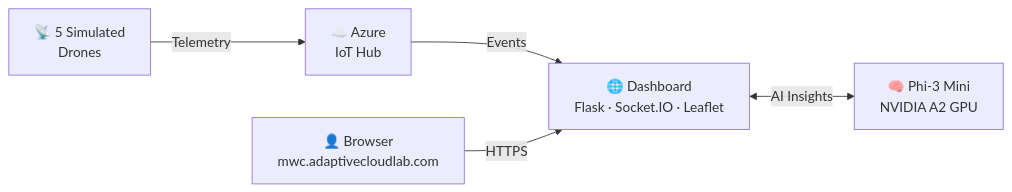
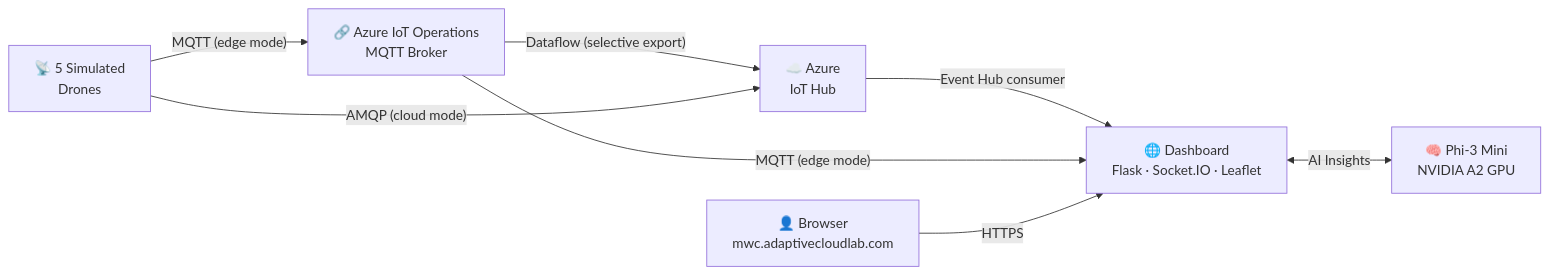
Before and after one commit to mgodfre3/adaptivecloudlab-mwc26-demo: the first of 2 diagrams in README.md, drawn with Mermaid. The commit also changed other lines of this file, not shown here.

Commit message:
Update README with latest dashboard features: data modes, AIO integration, and config reference

````diff
--- a/README.md
+++ b/README.md
@@ -7,12 +7,15 @@
 ```mermaid
 graph LR
     Drones["📡 5 Simulated<br/>Drones"]
+    AIO["🔗 Azure IoT Operations<br/>MQTT Broker"]
     IoTHub["☁️ Azure<br/>IoT Hub"]
     Dashboard["🌐 Dashboard<br/>Flask · Socket.IO · Leaflet"]
     Phi3["🧠 Phi-3 Mini<br/>NVIDIA A2 GPU"]
     Browser["👤 Browser<br/>mwc.adaptivecloudlab.com"]
 
-    Drones -->|"Telemetry"| IoTHub -->|"Events"| Dashboard
+    Drones -->|"MQTT (edge mode)"| AIO -->|"Dataflow (selective export)"| IoTHub
+    Drones -->|"AMQP (cloud mode)"| IoTHub -->|"Event Hub consumer"| Dashboard
+    AIO -->|"MQTT (edge mode)"| Dashboard
     Dashboard <-->|"AI Insights"| Phi3
     Browser -->|"HTTPS"| Dashboard
 ```
````
